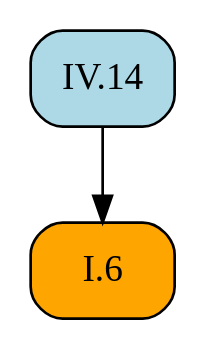
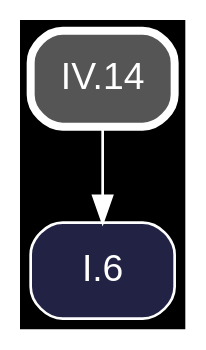
Before and after one commit to geometor/elements: the diagram in docsrc/heath/IV/14/index.rst, drawn with Graphviz. The commit also changed other lines of this file and 1200 other files, not shown here.

Commit message:
update dependency graphs

```diff
--- a/docsrc/heath/IV/14/index.rst
+++ b/docsrc/heath/IV/14/index.rst
@@ -45,9 +45,11 @@
 .. graphviz::
 
    digraph {
+     bgcolor="black";
+     node [shape=box, style="rounded,filled", fontname="Helvetica", color="white", fontcolor="white"];
+     edge [color="white", fontcolor="white"];
      rankdir="TB";
-     node [shape=box, style=rounded];
-     "I.6" [style="rounded,filled", fillcolor=orange, URL="/heath/I/6/", target="_top"];
-     "IV.14" [style="rounded,filled", fillcolor=lightblue, URL="/heath/IV/14/", target="_top"];
+     "IV.14" [penwidth=3, color="white", fillcolor="#555555", URL="/heath/IV/14/", target="_top"];
+     "I.6" [fillcolor="#222244", URL="/heath/I/6/", target="_top"];
      "IV.14" -> "I.6";
    }
```
